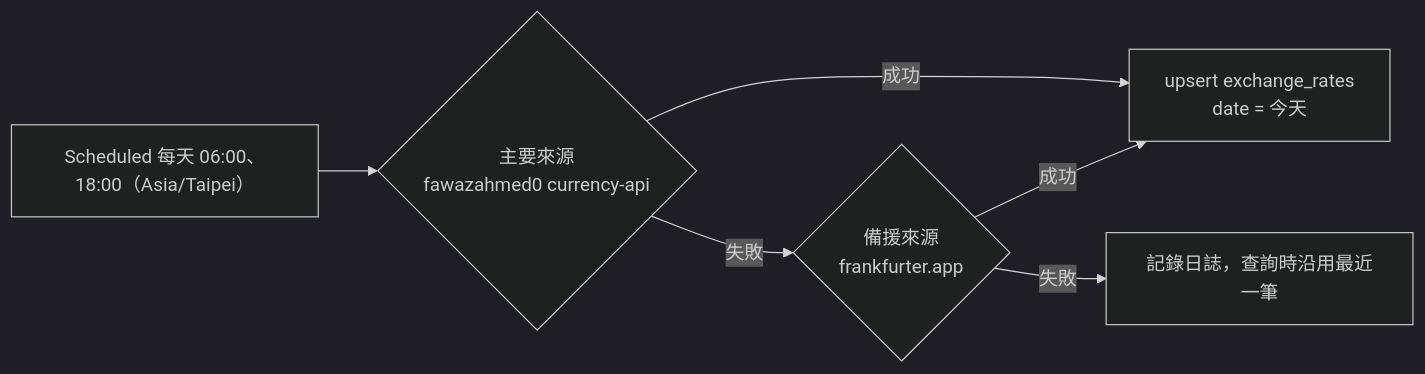
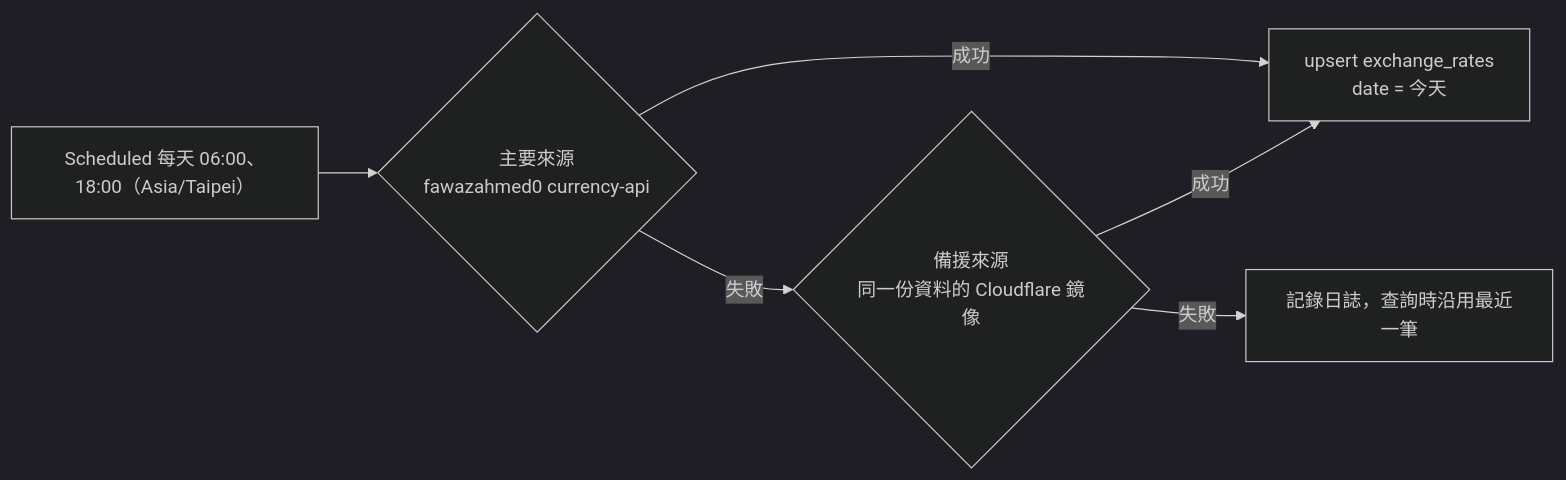
The fourth of 5 diagrams in docs/SD.md (alexsuze/do-accounts), drawn with Mermaid (dark theme) before and after one commit. The commit also changed other lines of this file and 44 other files, not shown here.

````diff
--- a/docs/SD.md
+++ b/docs/SD.md
@@ -651,8 +659,8 @@
 ```mermaid
 flowchart LR
     J["Scheduled 每天 06:00、18:00（Asia/Taipei）"] --> P{主要來源<br/>fawazahmed0 currency-api}
     P -- 成功 --> S[upsert exchange_rates<br/>date = 今天]
-    P -- 失敗 --> B{備援來源<br/>frankfurter.app}
+    P -- 失敗 --> B{備援來源<br/>同一份資料的 Cloudflare 鏡像}
     B -- 成功 --> S
     B -- 失敗 --> L[記錄日誌，查詢時沿用最近一筆]
 ```
````
